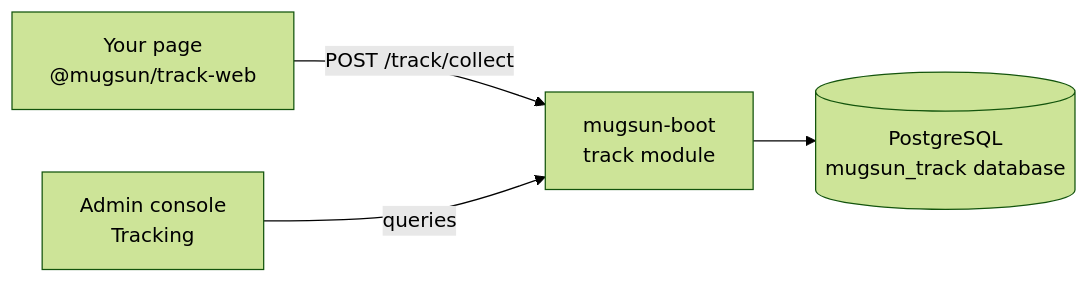
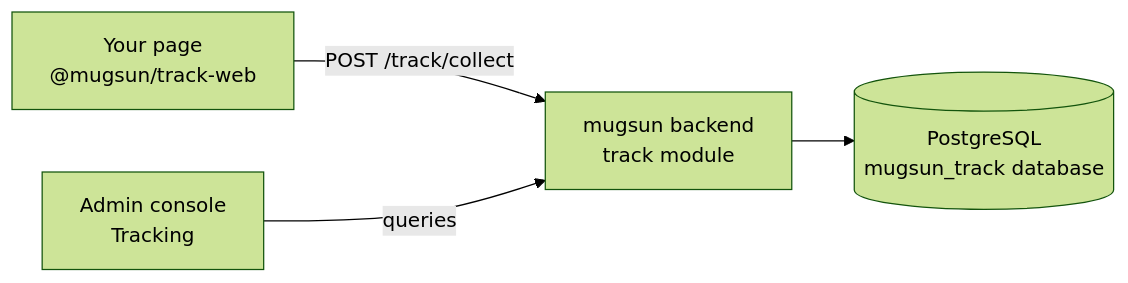
The diagram in README_EN.md (mugsun/mugsun-track), drawn with Mermaid (forest theme) before and after one commit. The commit also changed other lines of this file and 2 other files, not shown here.

First line of the commit message:
docs(readme): 开头不再说自己的服务器，后端写上 mugsun-cloud

````diff
--- a/README_EN.md
+++ b/README_EN.md
@@ -127,11 +127,11 @@
 ```mermaid
 flowchart LR
     PAGE["Your page<br/>@mugsun/track-web"]
-    BOOT["mugsun-boot<br/>track module"]
+    BOOT["mugsun backend<br/>track module"]
     PG[("PostgreSQL<br/>mugsun_track database")]
     PC["Admin console<br/>Tracking"]
 
     PAGE -->|"POST /track/collect"| BOOT
     BOOT --> PG
     PC -->|"queries"| BOOT
 ```
````
